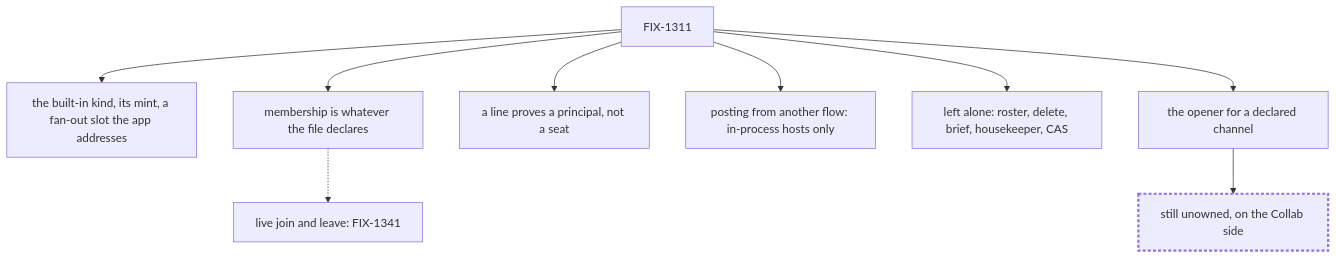
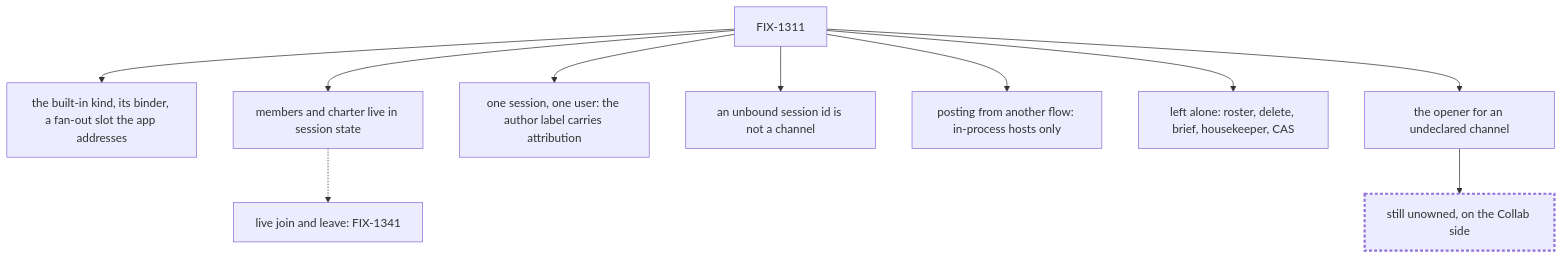
Before and after one commit to fixpoint-labs/flow-state-dev: the third of 3 diagrams in spec/FIX-1311.explainer.md, drawn with Mermaid. The commit also changed other lines of this file and 1 other file, not shown here.

````diff
--- a/spec/FIX-1311.explainer.md
+++ b/spec/FIX-1311.explainer.md
@@ -36,13 +36,14 @@
 ```mermaid
 flowchart TD
-  ISSUE["FIX-1311"] --> KIND["the built-in kind, its mint, a fan-out slot the app addresses"]
-  ISSUE --> MEMBERS["membership is whatever the file declares"]
+  ISSUE["FIX-1311"] --> KIND["the built-in kind, its binder, a fan-out slot the app addresses"]
+  ISSUE --> MEMBERS["members and charter live in session state"]
   MEMBERS -.-> L1341["live join and leave: FIX-1341"]
-  ISSUE --> PROOF["a line proves a principal, not a seat"]
+  ISSUE --> PROOF["one session, one user: the author label carries attribution"]
+  ISSUE --> BOUND["an unbound session id is not a channel"]
   ISSUE --> INPROC["posting from another flow: in-process hosts only"]
   ISSUE --> OUT["left alone: roster, delete, brief, housekeeper, CAS"]
-  ISSUE --> OPENER["the opener for a declared channel"]
+  ISSUE --> OPENER["the opener for an undeclared channel"]
   OPENER --> COLLAB["still unowned, on the Collab side"]
   classDef gap stroke-width:3px,stroke-dasharray: 4 3
   class COLLAB gap
 ```
````
